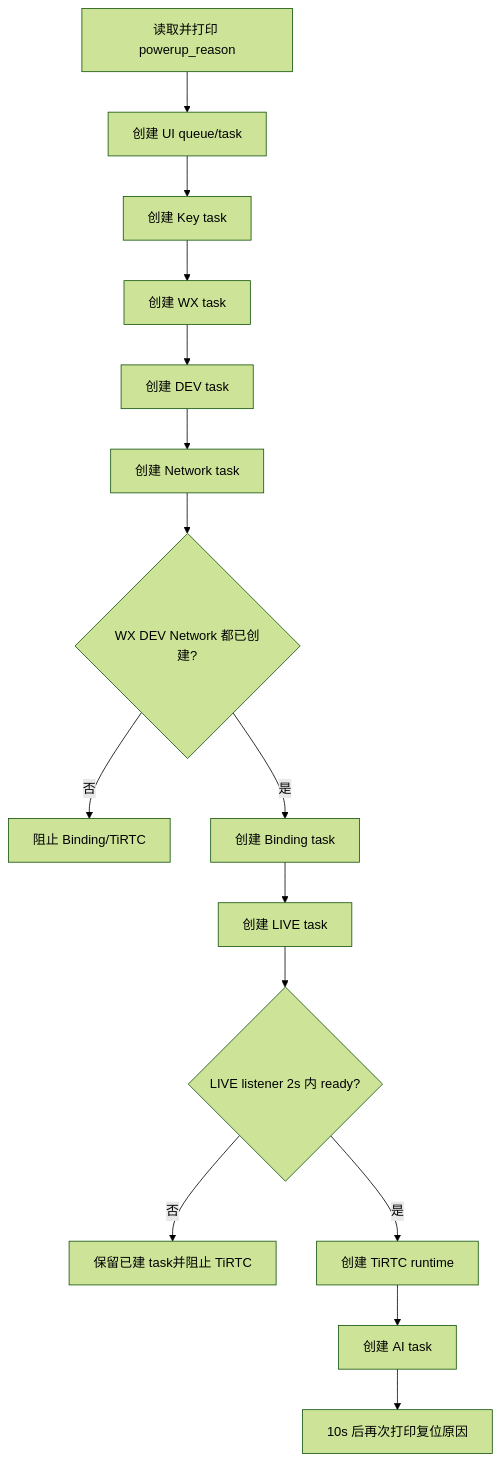
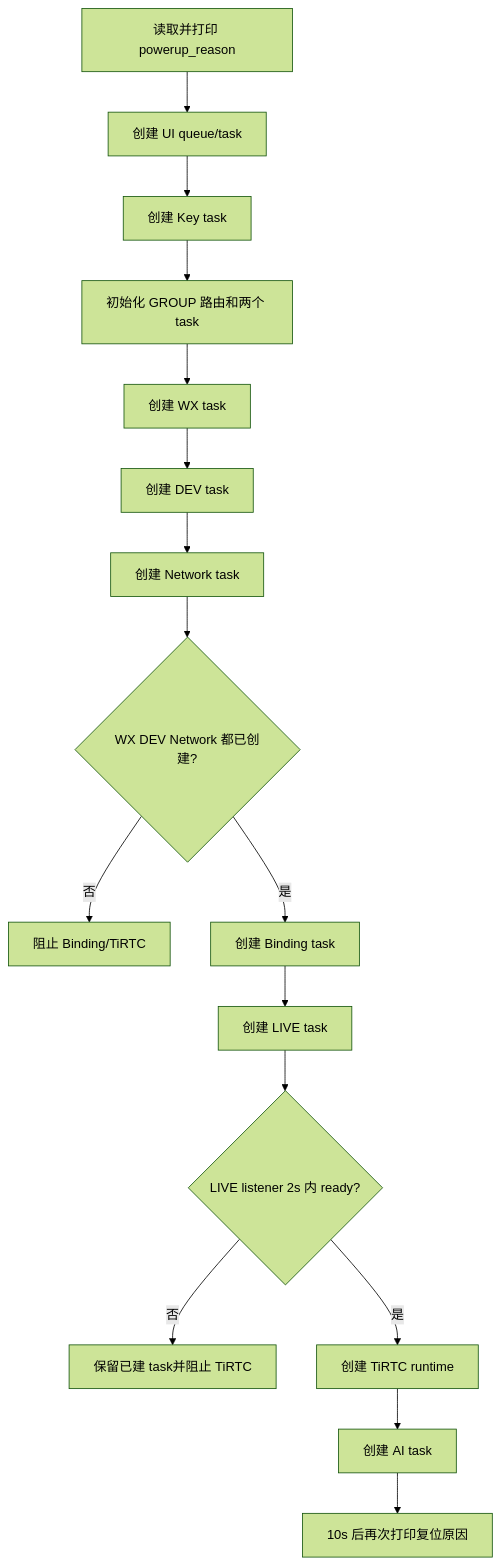
The first of 4 diagrams in examples/L_CT4IT00_YP00W_01_V04/tirtc/docs/代码与流程详解.md (tangeai/xiaotai-lierda), drawn with Mermaid (forest theme) before and after one commit. The commit also changed other lines of this file and 46 other files, not shown here.

````diff
--- a/examples/L_CT4IT00_YP00W_01_V04/tirtc/docs/代码与流程详解.md
+++ b/examples/L_CT4IT00_YP00W_01_V04/tirtc/docs/代码与流程详解.md
@@ -225,17 +262,18 @@
 ```mermaid
 flowchart TD
     A[读取并打印 powerup_reason] --> B[创建 UI queue/task]
     B --> C[创建 Key task]
-    C --> D[创建 WX task]
+    C --> R[初始化 GROUP 路由和两个 task]
+    R --> D[创建 WX task]
     D --> E[创建 DEV task]
     E --> F[创建 Network task]
     F --> G{WX DEV Network 都已创建?}
     G -- 否 --> X[阻止 Binding/TiRTC]
     G -- 是 --> H[创建 Binding task]
     H --> I[创建 LIVE task]
     I --> J{LIVE listener 2s 内 ready?}
     J -- 否 --> Y[保留已建 task并阻止 TiRTC]
     J -- 是 --> K[创建 TiRTC runtime]
     K --> L[创建 AI task]
     L --> M[10s 后再次打印复位原因]
 ```
````
